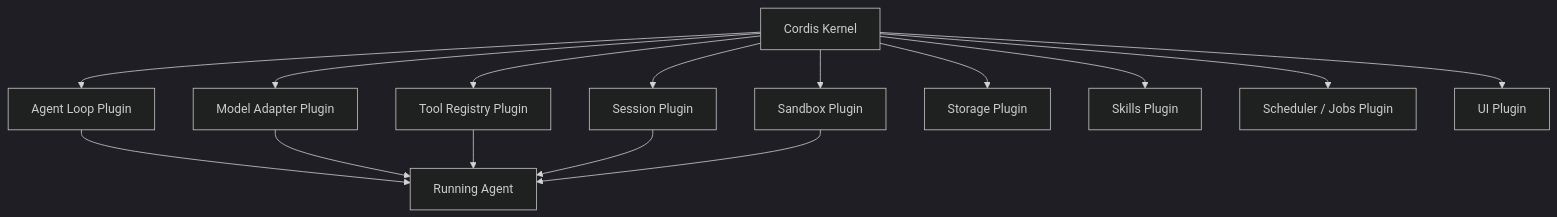
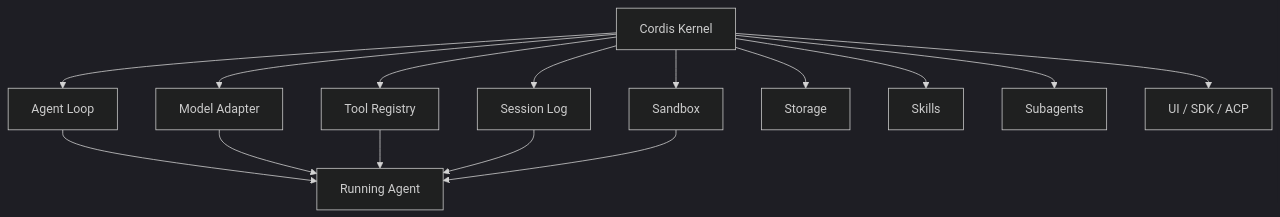
The second of 3 diagrams in docs/deepseek/overview.md (indigofeather/harness-book), drawn with Mermaid (dark theme) before and after one commit. The commit also changed other lines of this file and 13 other files, not shown here.

````diff
--- a/docs/deepseek/overview.md
+++ b/docs/deepseek/overview.md
@@ -41,20 +41,20 @@
 ```mermaid
 flowchart TB
   C[Cordis Kernel]
 
-  C --> M[Model Adapter Plugin]
-  C --> T[Tool Registry Plugin]
-  C --> L[Agent Loop Plugin]
-  C --> S[Session Plugin]
-  C --> SB[Sandbox Plugin]
-  C --> ST[Storage Plugin]
-  C --> SK[Skills Plugin]
-  C --> J[Scheduler / Jobs Plugin]
-  C --> UI[UI Plugin]
+  C --> M[Model Adapter]
+  C --> T[Tool Registry]
+  C --> L[Agent Loop]
+  C --> S[Session Log]
+  C --> SB[Sandbox]
+  C --> ST[Storage]
+  C --> SK[Skills]
+  C --> SA[Subagents]
+  C --> UI[UI / SDK / ACP]
 
   L --> A[Running Agent]
   M --> A
   T --> A
   S --> A
   SB --> A
 ```
````
